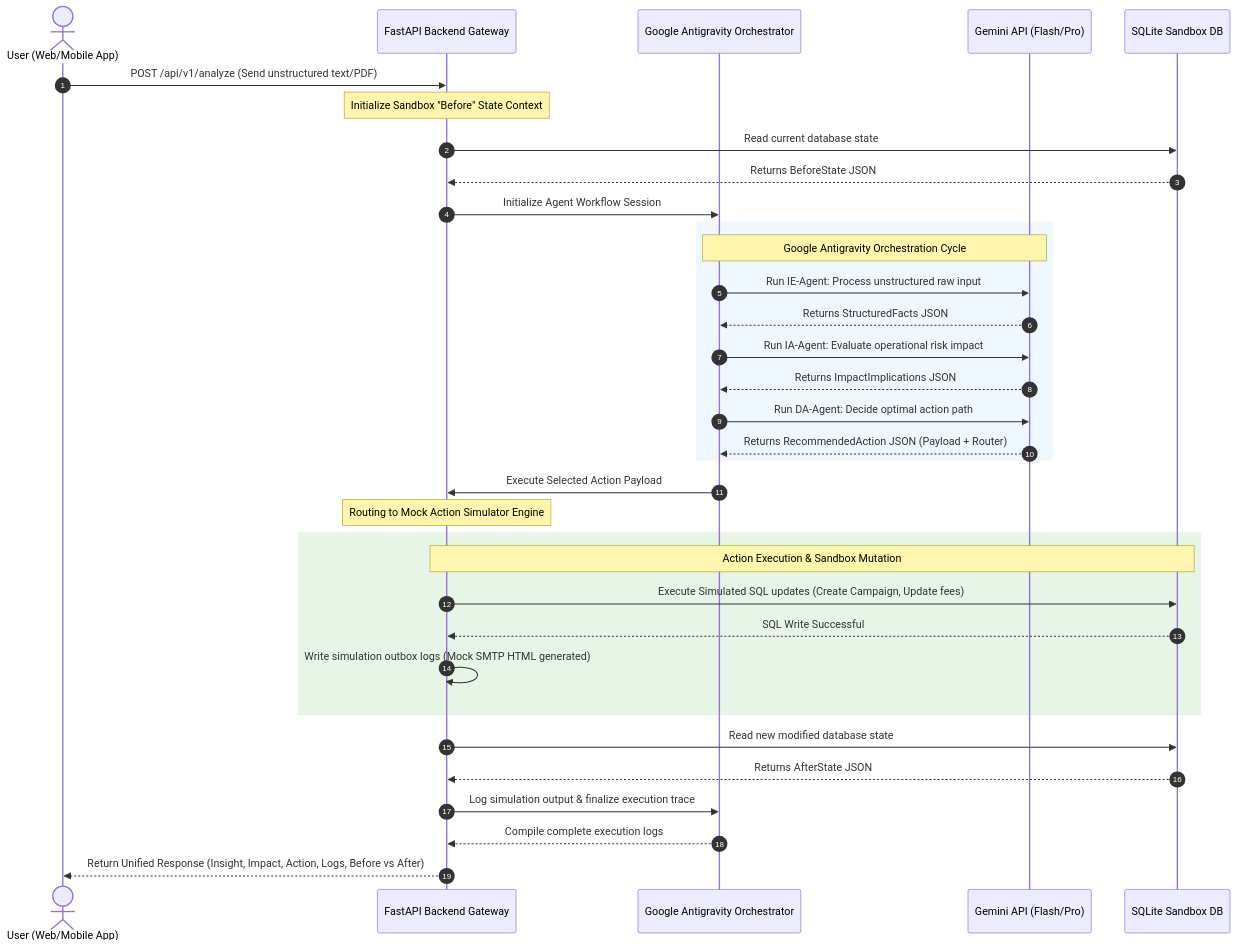
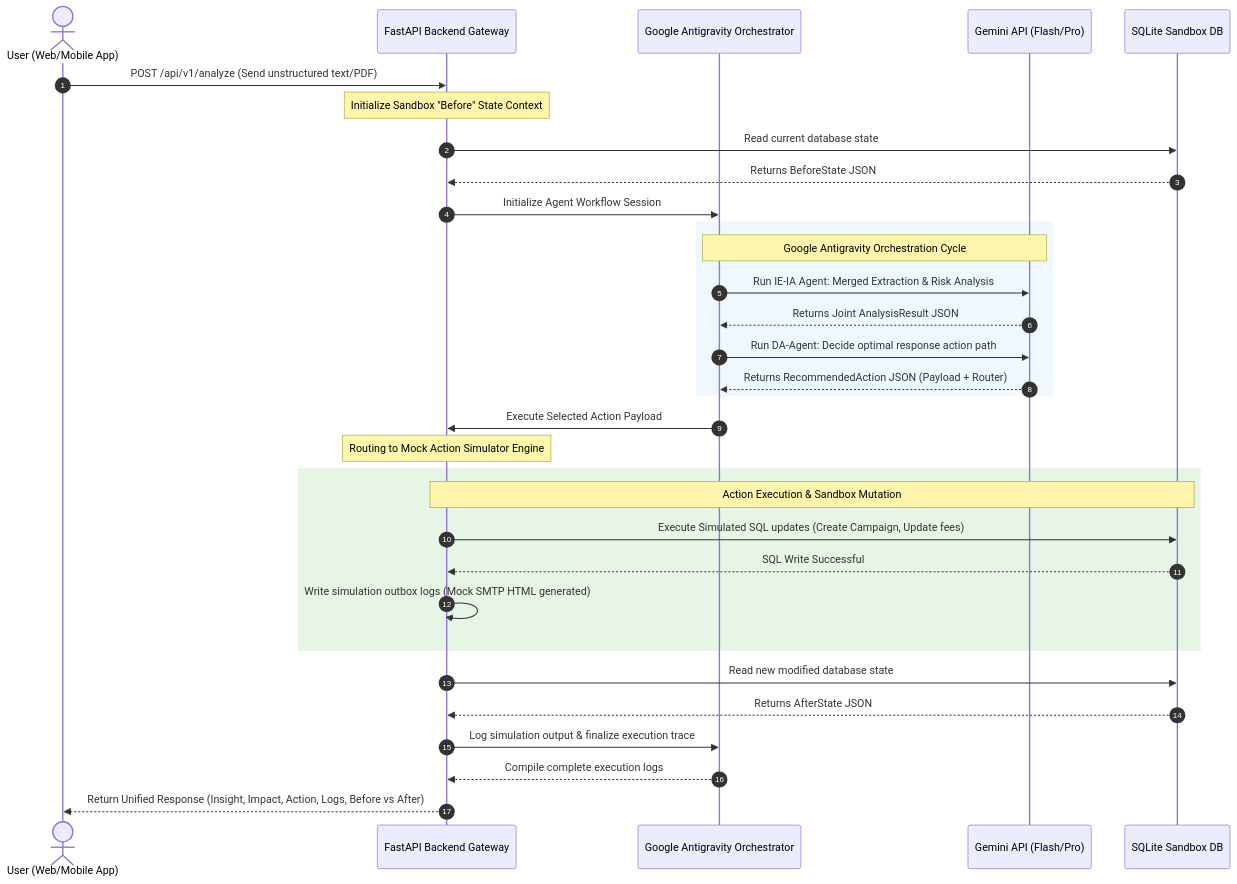
One commit to u-faizan/ai-seekho-hackathon changed the second of 3 diagrams in system_architecture.md. Above: the diagram before and after it, drawn with Mermaid. The commit also changed other lines of this file, not shown here.

Commit message:
docs: update system architecture to match optimized 2-step agent pipeline

````diff
--- a/system_architecture.md
+++ b/system_architecture.md
@@ -259,42 +246,40 @@
 ```mermaid
 sequenceDiagram
     autonumber
     actor User as User (Web/Mobile App)
     participant API as FastAPI Backend Gateway
     participant AG as Google Antigravity Orchestrator
     participant Gemini as Gemini API (Flash/Pro)
     participant Sandbox as SQLite Sandbox DB
 
     User->>API: POST /api/v1/analyze (Send unstructured text/PDF)
     Note over API: Initialize Sandbox "Before" State Context
     API->>Sandbox: Read current database state
     Sandbox-->>API: Returns BeforeState JSON
     API->>AG: Initialize Agent Workflow Session
     
     rect rgb(240, 248, 255)
         Note over AG, Gemini: Google Antigravity Orchestration Cycle
-        AG->>Gemini: Run IE-Agent: Process unstructured raw input
-        Gemini-->>AG: Returns StructuredFacts JSON
-        AG->>Gemini: Run IA-Agent: Evaluate operational risk impact
-        Gemini-->>AG: Returns ImpactImplications JSON
-        AG->>Gemini: Run DA-Agent: Decide optimal action path
+        AG->>Gemini: Run IE-IA Agent: Merged Extraction & Risk Analysis
+        Gemini-->>AG: Returns Joint AnalysisResult JSON
+        AG->>Gemini: Run DA-Agent: Decide optimal response action path
         Gemini-->>AG: Returns RecommendedAction JSON (Payload + Router)
     end
 
     AG->>API: Execute Selected Action Payload
     Note over API: Routing to Mock Action Simulator Engine
     
     rect rgb(230, 245, 230)
         Note over API, Sandbox: Action Execution & Sandbox Mutation
         API->>Sandbox: Execute Simulated SQL updates (Create Campaign, Update fees)
         Sandbox-->>API: SQL Write Successful
         API->>API: Write simulation outbox logs (Mock SMTP HTML generated)
     end
     
     API->>Sandbox: Read new modified database state
     Sandbox-->>API: Returns AfterState JSON
     
     API->>AG: Log simulation output & finalize execution trace
     AG-->>API: Compile complete execution logs
     API-->>User: Return Unified Response (Insight, Impact, Action, Logs, Before vs After)
 ```
````
